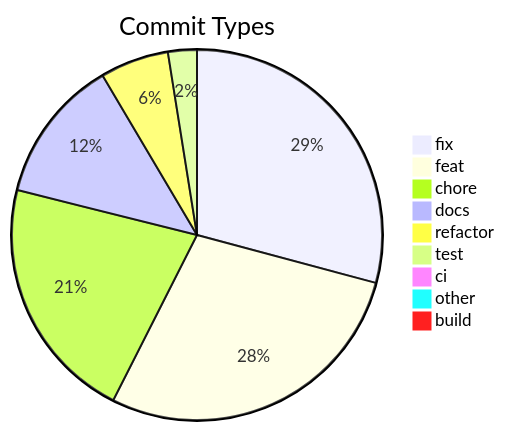
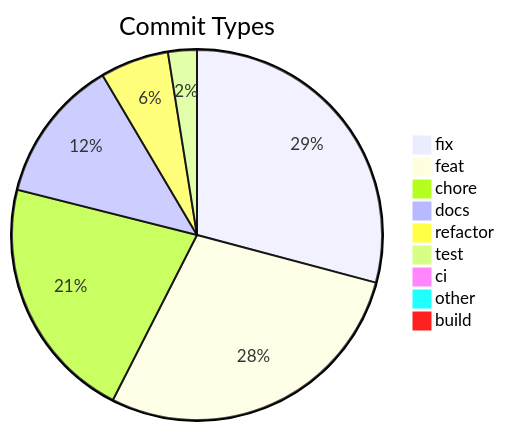
Before and after one commit to svenroth-ai/shipwright: the diagram in .shipwright/compliance/change-history.md, drawn with Mermaid. The commit also changed other lines of this file and 18 other files, not shown here.

````diff
--- a/.shipwright/compliance/change-history.md
+++ b/.shipwright/compliance/change-history.md
@@ -8,12 +8,12 @@
 ```mermaid
 pie title Commit Types
     "fix" : 336
-    "feat" : 326
+    "feat" : 327
     "chore" : 247
     "docs" : 145
     "refactor" : 69
     "test" : 29
     "ci" : 11
     "other" : 9
     "build" : 1
 ```
````
